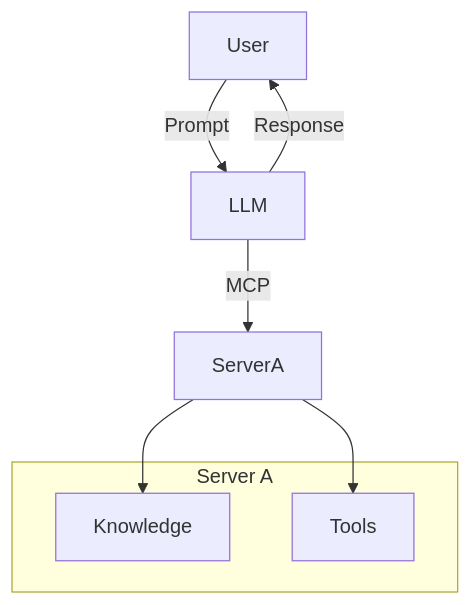
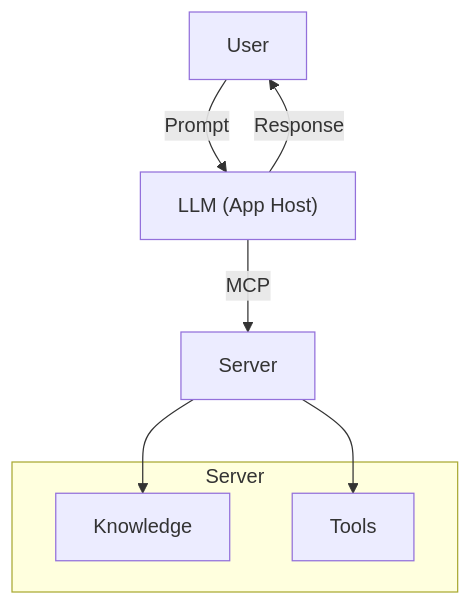
The diagram in README.md (MaraniMatias/mcp-and-canvas), drawn with Mermaid before and after one commit.

````diff
--- a/README.md
+++ b/README.md
@@ -13,13 +13,13 @@
 ```mermaid
 graph TD
-    User -->|Prompt| LLM
+    User -->|Prompt| LLM["LLM (App Host)"]
     LLM -->|Response| User
-    LLM -->|MCP| ServerA
-    ServerA --> KnowledgeA
-    ServerA --> ToolsA
+    LLM -->|MCP| Server
+    Server --> KnowledgeA
+    Server --> ToolsA
 
-    subgraph Server A
+    subgraph Server A["Server"]
         KnowledgeA[Knowledge]
         ToolsA[Tools]
     end
 ```
````
